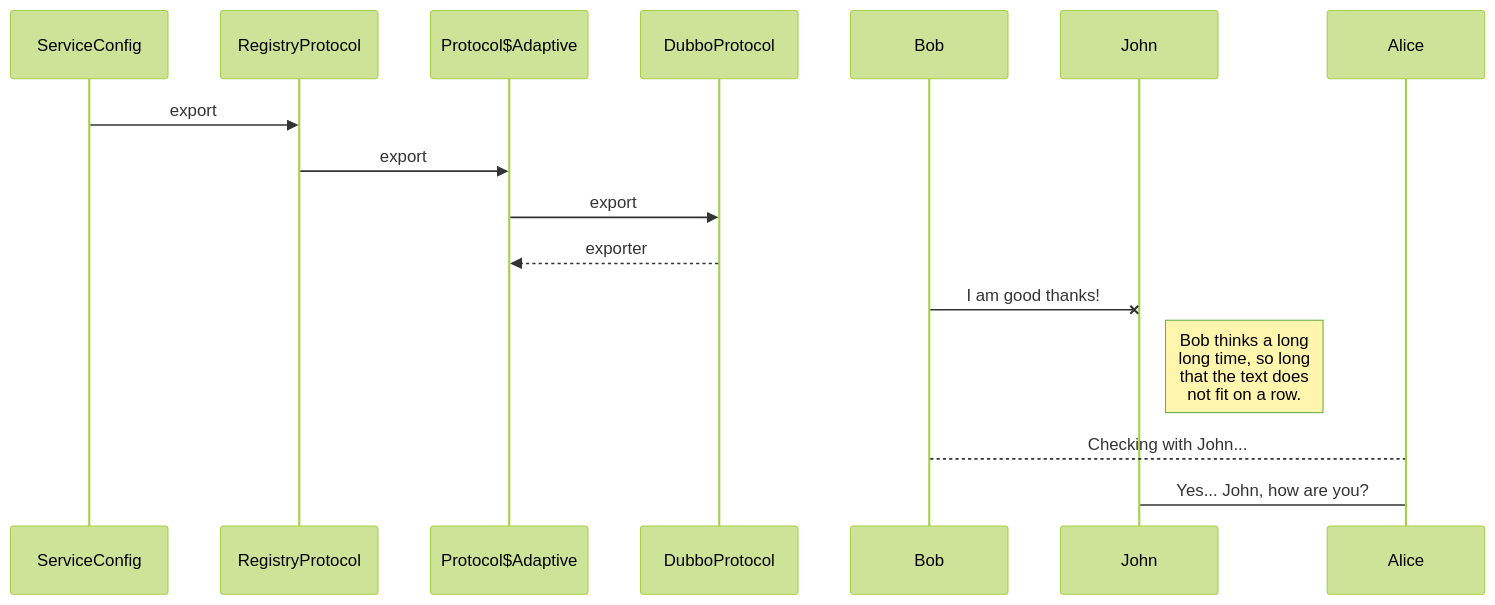
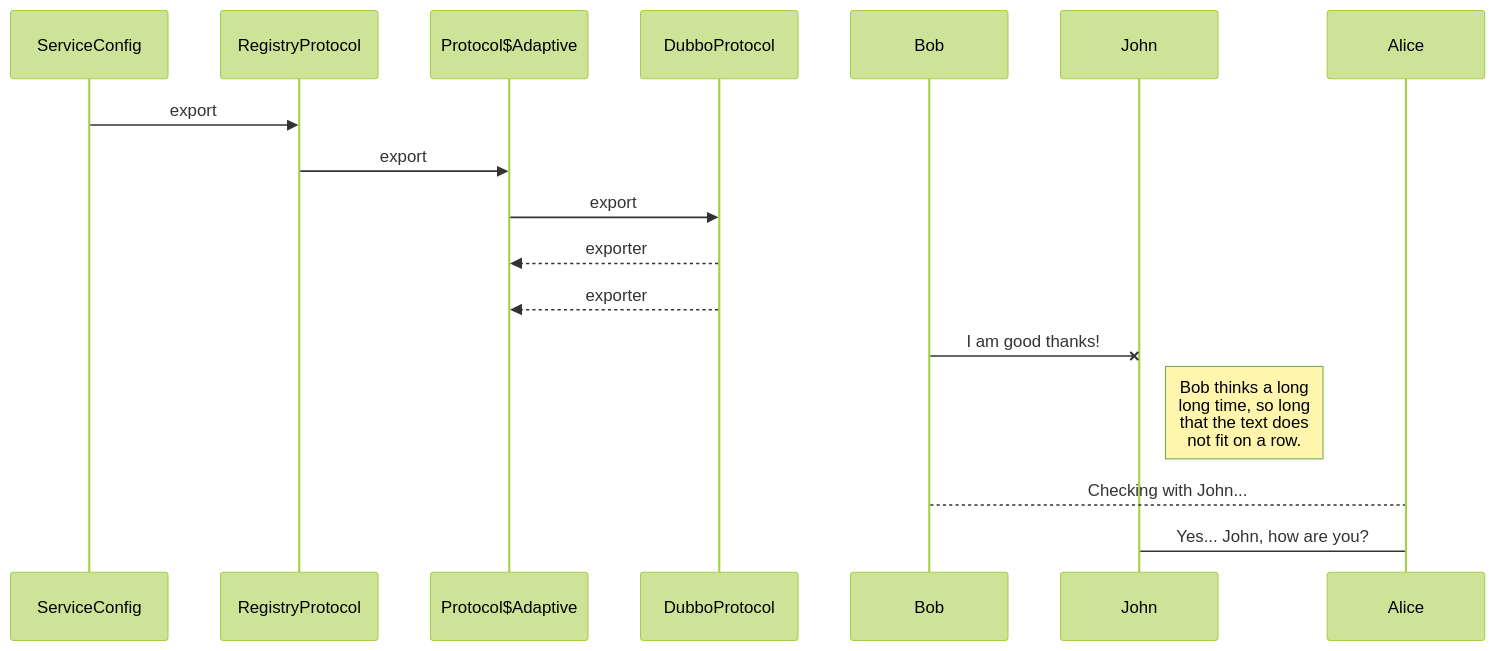
The diagram in dubbo/dubbo.md (zhudongdong/docs), drawn with Mermaid (forest theme) before and after one commit. The commit also changed other lines of this file, not shown here.

Commit message:
Uploaded by https://stackedit.io/

````diff
--- a/dubbo/dubbo.md
+++ b/dubbo/dubbo.md
@@ -144,12 +144,14 @@
 ```mermaid
 sequenceDiagram
 ServiceConfig ->> RegistryProtocol: export
 RegistryProtocol->>Protocol$Adaptive: export
 Protocol$Adaptive->> DubboProtocol: export
 DubboProtocol-->> Protocol$Adaptive:exporter
+DubboProtocol-->> Protocol$Adaptive:exporter
+
 Bob-x John: I am good thanks!
 Note right of John: Bob thinks a long<br/>long time, so long<br/>that the text does<br/>not fit on a row.
 
 Bob-->Alice: Checking with John...
 Alice->John: Yes... John, how are you?
 ```
````
